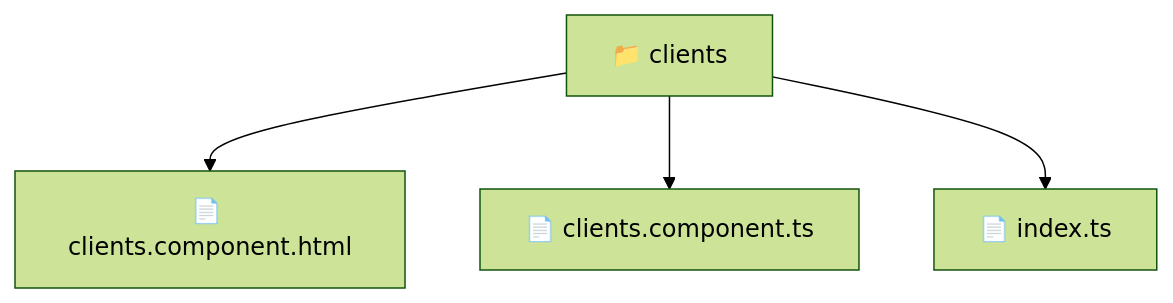
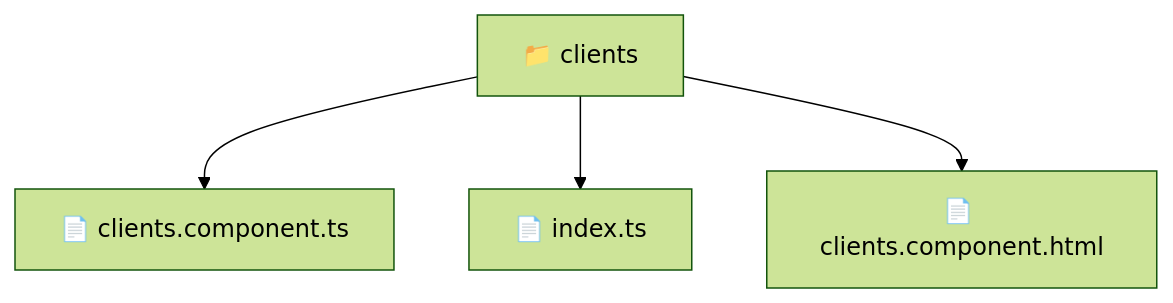
One commit to beginwebdev2002/fullstack-mavluda changed the diagram in frontend/src/pages/clients/README.md. Above: the diagram before and after it, drawn with Mermaid (forest theme). The commit also changed other lines of this file and 164 other files, not shown here.

First line of the commit message:
docs: generate robust autonomous architectural documentation

````diff
--- a/frontend/src/pages/clients/README.md
+++ b/frontend/src/pages/clients/README.md
@@ -11,7 +11,7 @@
 ```mermaid
 graph TD
-  Root["📁 clients"]
-  Root --> clients_component_html["📄 clients.component.html"]
-  Root --> clients_component_ts["📄 clients.component.ts"]
-  Root --> index_ts["📄 index.ts"]
+    f_clients["📁 clients"]
+    f_clients --> f_clients_component_ts["📄 clients.component.ts"]
+    f_clients --> f_index_ts["📄 index.ts"]
+    f_clients --> f_clients_component_html["📄 clients.component.html"]
 ```
````
